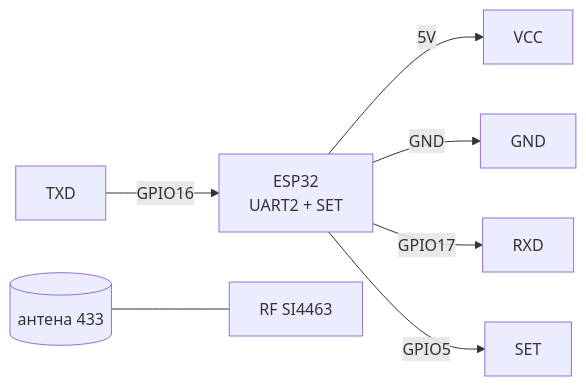
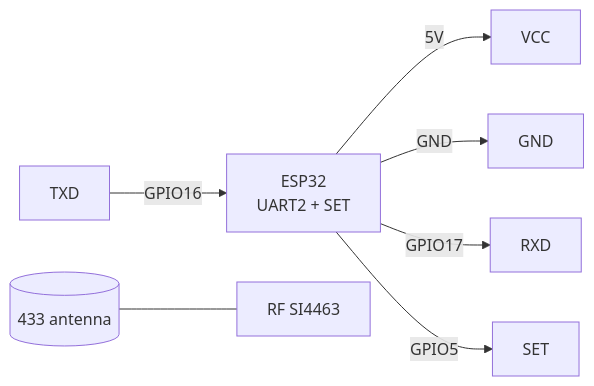
The third of 3 diagrams in obsidian_vault/ESP32-Reference/EN/12-Comm-Modules/06-HC05-HM10-CC1101-HC12.en.md (ksalab/embedded-reference), drawn with Mermaid before and after one commit. The commit also changed other lines of this file and 76 other files, not shown here.

````diff
--- a/obsidian_vault/ESP32-Reference/EN/12-Comm-Modules/06-HC05-HM10-CC1101-HC12.en.md
+++ b/obsidian_vault/ESP32-Reference/EN/12-Comm-Modules/06-HC05-HM10-CC1101-HC12.en.md
@@ -218,9 +218,9 @@
 ```mermaid
 graph LR
     ESP32[ESP32<br/>UART2 + SET] -->|5V| VCC[VCC]
     ESP32 -->|GND| GNDM[GND]
     TXD[TXD] -->|GPIO16| ESP32
     ESP32 -->|GPIO17| RXD[RXD]
     ESP32 -->|GPIO5| SET[SET]
-    ANT[(антена 433)] --- RF[RF SI4463]
+    ANT[(433 antenna)] --- RF[RF SI4463]
 ```
````
